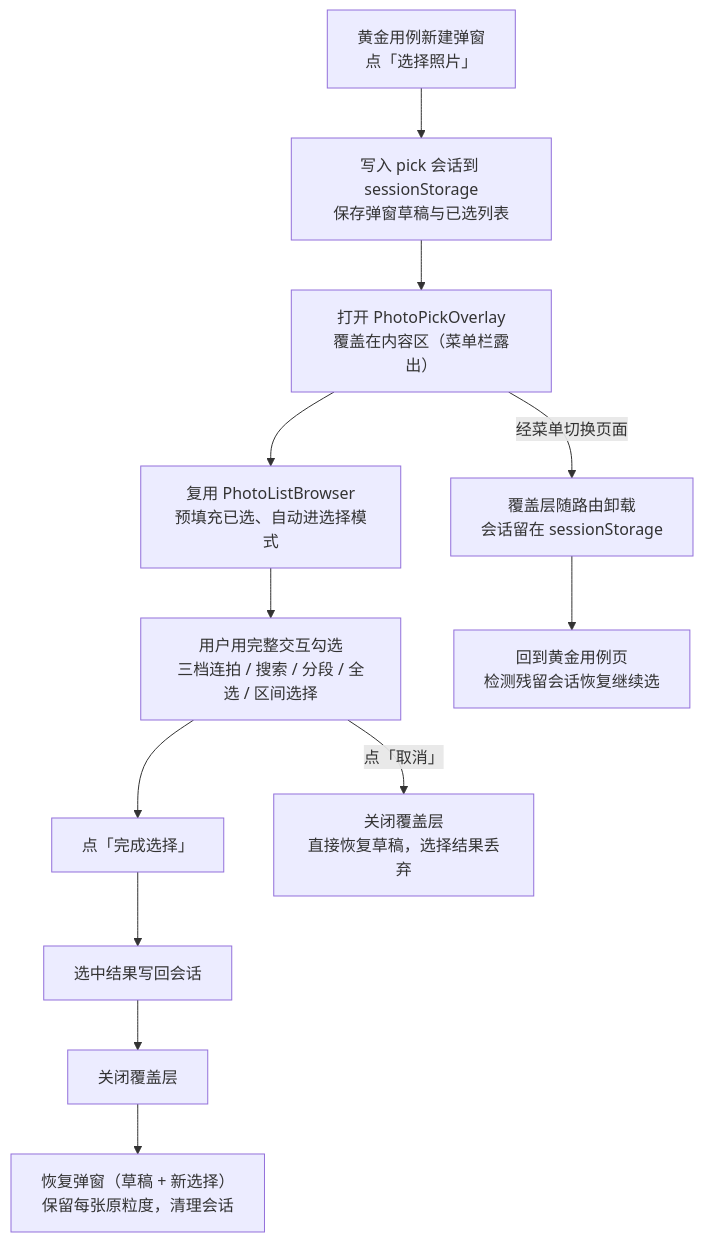
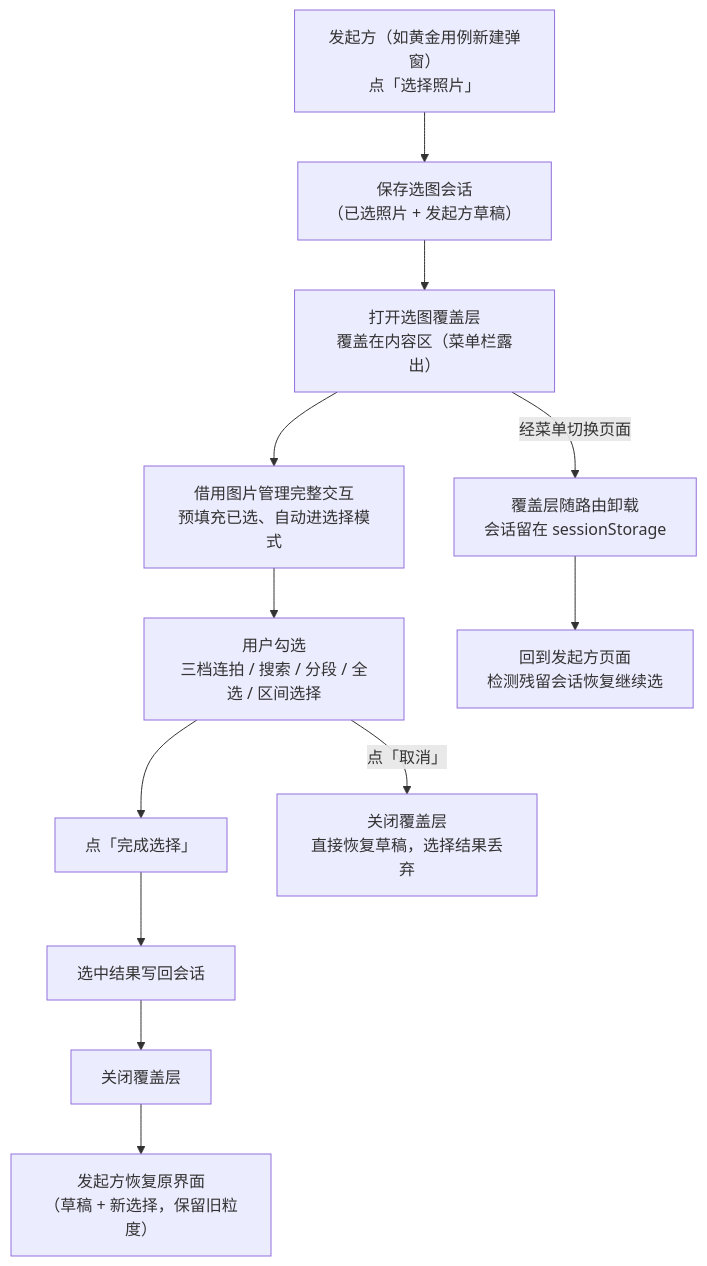
Before and after one commit to pancake-lee/photo-agent: the diagram in docs/design/2026-08-26-1-photo-pick-overlay.md, drawn with Mermaid. The commit also changed other lines of this file and 4 other files, not shown here.

Commit message:
docs: 规划-选图控件统一

````diff
--- a/docs/design/2026-08-26-1-photo-pick-overlay.md
+++ b/docs/design/2026-08-26-1-photo-pick-overlay.md
@@ -19,14 +25,14 @@
 ```mermaid
 flowchart TD
-    A["黄金用例新建弹窗<br>点「选择照片」"] --> B["写入 pick 会话到 sessionStorage<br>保存弹窗草稿与已选列表"]
-    B --> C["打开 PhotoPickOverlay<br>覆盖在内容区（菜单栏露出）"]
-    C --> D["复用 PhotoListBrowser<br>预填充已选、自动进选择模式"]
-    D --> E["用户用完整交互勾选<br>三档连拍 / 搜索 / 分段 / 全选 / 区间选择"]
+    A["发起方（如黄金用例新建弹窗）<br>点「选择照片」"] --> B["保存选图会话<br>（已选照片 + 发起方草稿）"]
+    B --> C["打开选图覆盖层<br>覆盖在内容区（菜单栏露出）"]
+    C --> D["借用图片管理完整交互<br>预填充已选、自动进选择模式"]
+    D --> E["用户勾选<br>三档连拍 / 搜索 / 分段 / 全选 / 区间选择"]
     E --> F["点「完成选择」"]
     F --> G["选中结果写回会话"]
     G --> H["关闭覆盖层"]
-    H --> I["恢复弹窗（草稿 + 新选择）<br>保留每张原粒度，清理会话"]
+    H --> I["发起方恢复原界面<br>（草稿 + 新选择，保留旧粒度）"]
     E -->|点「取消」| J["关闭覆盖层<br>直接恢复草稿，选择结果丢弃"]
     C -->|经菜单切换页面| K["覆盖层随路由卸载<br>会话留在 sessionStorage"]
-    K --> L["回到黄金用例页<br>检测残留会话恢复继续选"]
+    K --> L["回到发起方页面<br>检测残留会话恢复继续选"]
 ```
````
